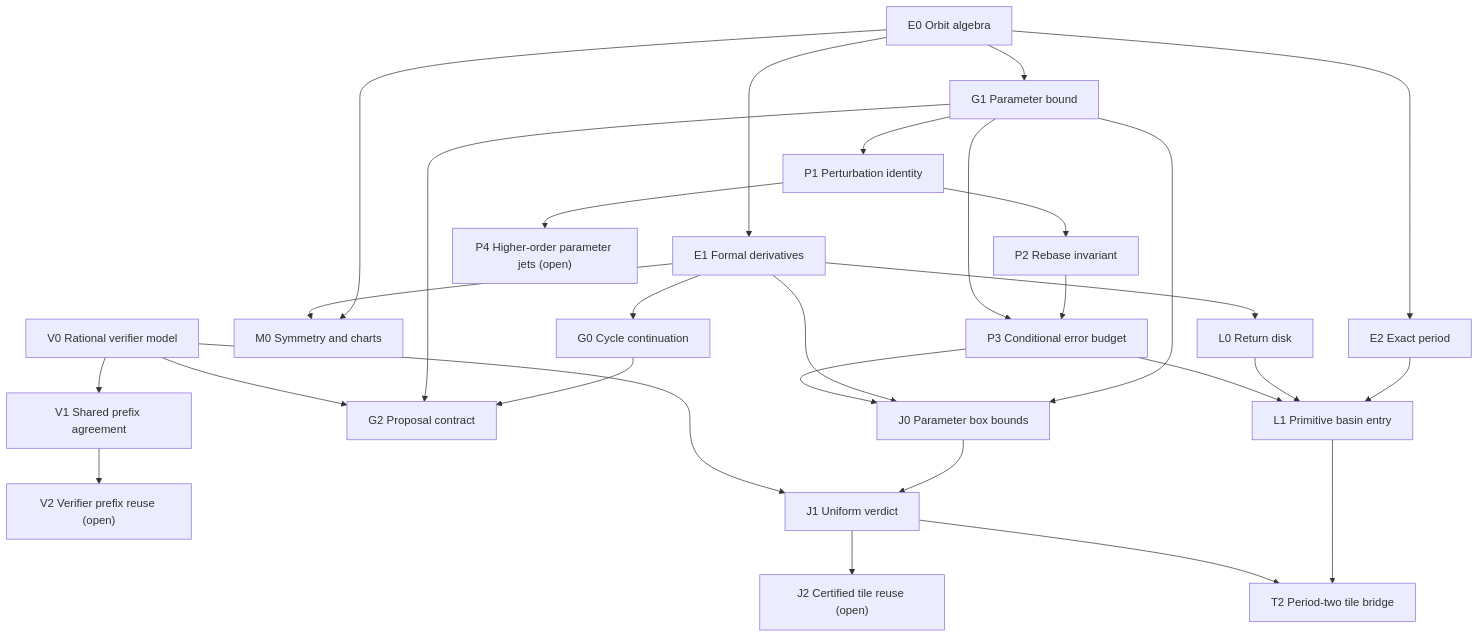
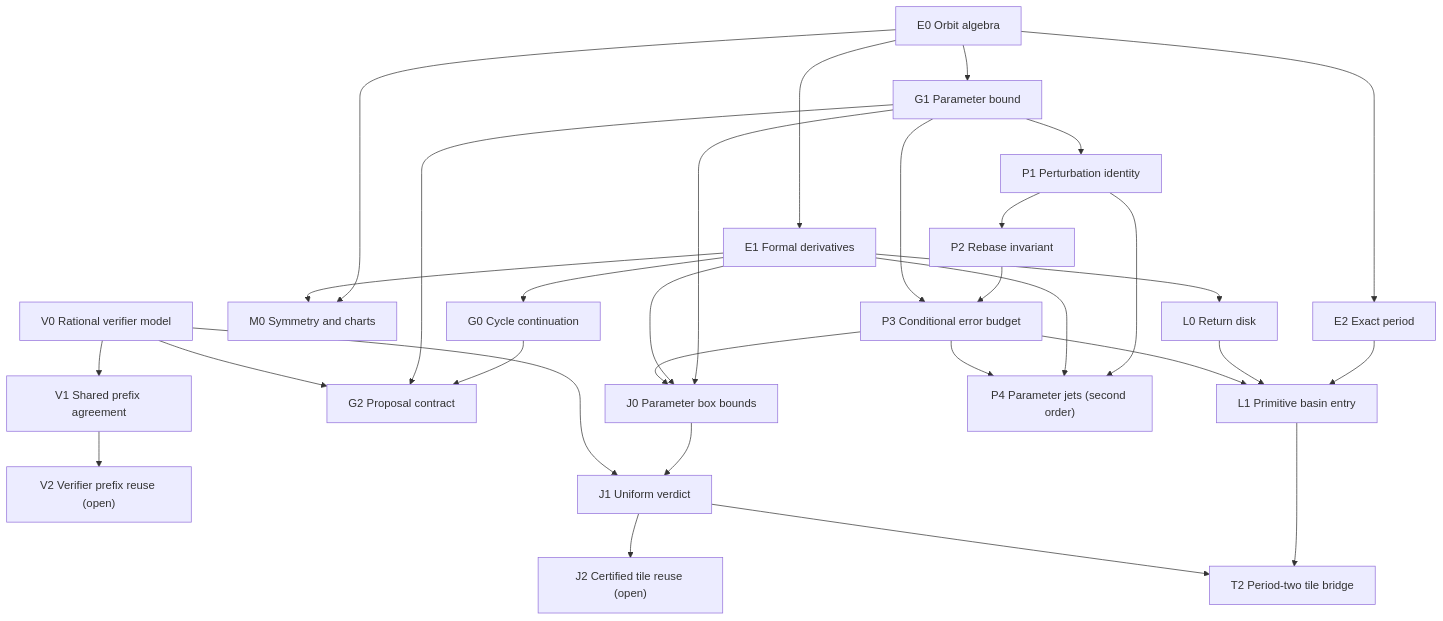
Before and after one commit to Aaron-Fine/int-M-: the diagram in docs/verification/LEAN-PROOF-DAG.md, drawn with Mermaid. The commit also changed other lines of this file and 8 other files, not shown here.

````diff
--- a/docs/verification/LEAN-PROOF-DAG.md
+++ b/docs/verification/LEAN-PROOF-DAG.md
@@ -7,32 +7,34 @@
 ```mermaid
 flowchart TD
   E0["E0 Orbit algebra"] --> E1["E1 Formal derivatives"]
   E0 --> E2["E2 Exact period"]
   E0 --> M0["M0 Symmetry and charts"]
   E1 --> M0
   V0["V0 Rational verifier model"]
   V0 --> V1["V1 Shared prefix agreement"]
   V1 --> V2["V2 Verifier prefix reuse (open)"]
   E1 --> G0["G0 Cycle continuation"]
   E0 --> G1["G1 Parameter bound"]
   G0 --> G2["G2 Proposal contract"]
   G1 --> G2
   V0 --> G2
   E1 --> L0["L0 Return disk"]
   E2 --> L1["L1 Primitive basin entry"]
   L0 --> L1
   G1 --> J0["J0 Parameter box bounds"]
   E1 --> J0
   J0 --> J1["J1 Uniform verdict"]
   V0 --> J1
   J1 --> J2["J2 Certified tile reuse (open)"]
   L1 --> T2["T2 Period-two tile bridge"]
   J1 --> T2
   G1 --> P1["P1 Perturbation identity"]
   P1 --> P2["P2 Rebase invariant"]
   P2 --> P3["P3 Conditional error budget"]
   G1 --> P3
   P3 --> J0
   P3 --> L1
-  P1 --> P4["P4 Higher-order parameter jets (open)"]
+  P1 --> P4["P4 Parameter jets (second order)"]
+  E1 --> P4
+  P3 --> P4
 ```
````
